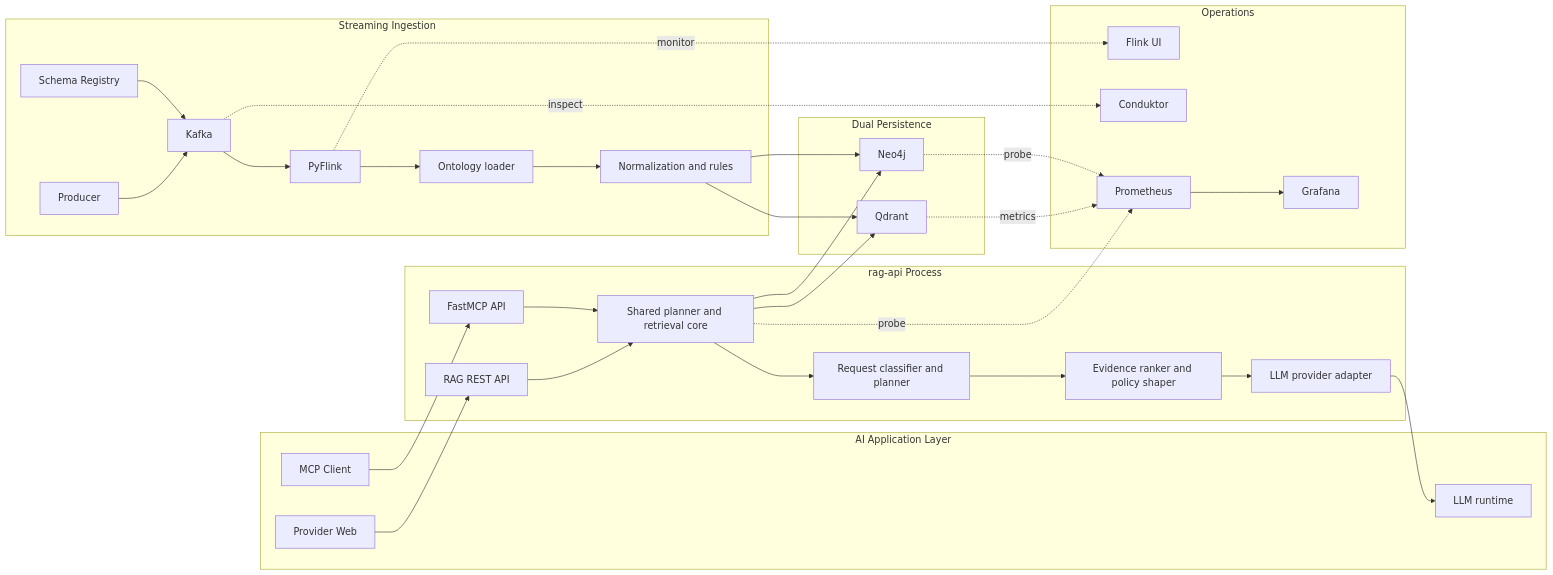
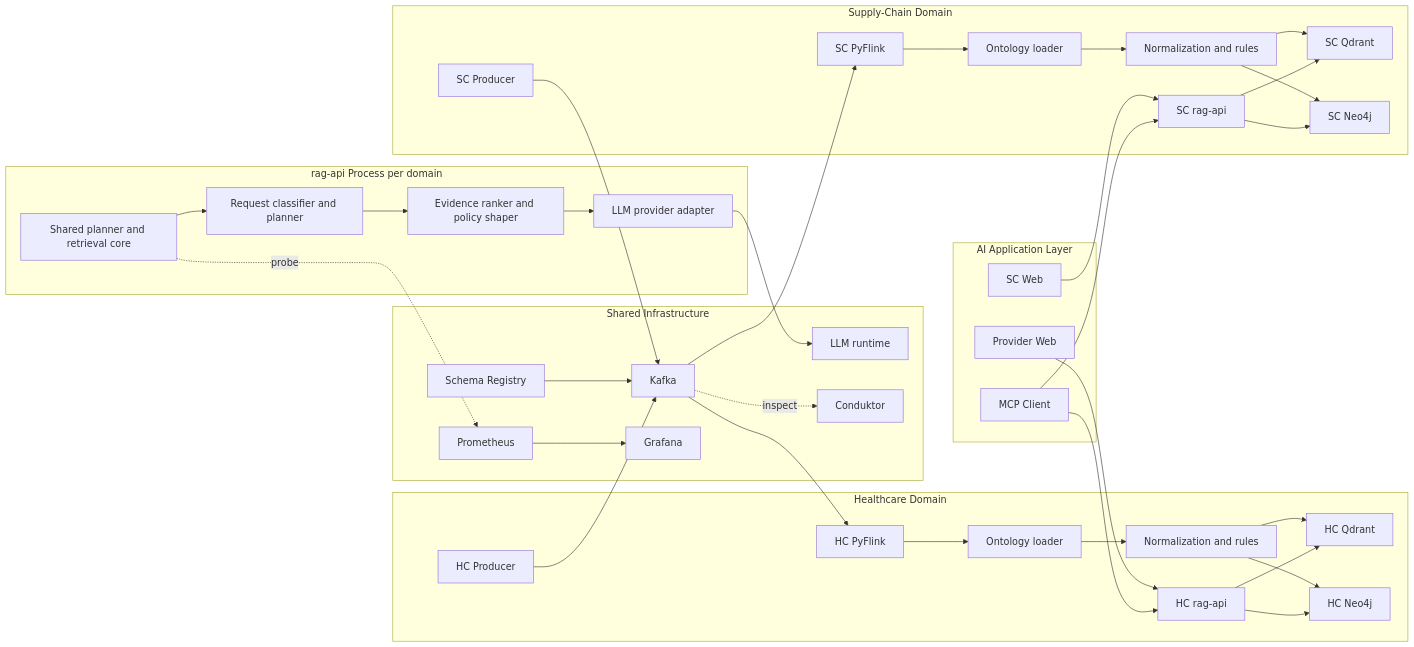
Before and after one commit to wchen-dea/Agentic-AI-Healthcare-GraphRAG: the first of 4 diagrams in docs/architecture.md, drawn with Mermaid. The commit also changed other lines of this file and 11 other files, not shown here.

````diff
--- a/docs/architecture.md
+++ b/docs/architecture.md
@@ -212,51 +212,53 @@
 ```mermaid
 flowchart LR
-  subgraph Ingestion[Streaming Ingestion]
-    P[Producer] --> K[Kafka]
+  subgraph Infra[Shared Infrastructure]
+    K[Kafka]
     SR[Schema Registry] --> K
-    K --> F[PyFlink]
-    F --> OL[Ontology loader]
-    OL --> NM[Normalization and rules]
+    L[LLM runtime]
+    PR[Prometheus]
+    GF[Grafana]
+    CDK[Conduktor]
   end
 
-  subgraph Persistence[Dual Persistence]
-    NM --> Q[Qdrant]
-    NM --> N[Neo4j]
+  subgraph HC[Healthcare Domain]
+    HP[HC Producer] --> K
+    K --> HF[HC PyFlink]
+    HF --> HOL[Ontology loader]
+    HOL --> HNM[Normalization and rules]
+    HNM --> HQ[HC Qdrant]
+    HNM --> HN[HC Neo4j]
+    HRAG[HC rag-api] --> HQ
+    HRAG --> HN
   end
 
-  subgraph APIProc[rag-api Process]
-    RAG[RAG REST API]
-    MCP[FastMCP API]
+  subgraph SC[Supply-Chain Domain]
+    SP[SC Producer] --> K
+    K --> SF[SC PyFlink]
+    SF --> SOL[Ontology loader]
+    SOL --> SNM[Normalization and rules]
+    SNM --> SQ[SC Qdrant]
+    SNM --> SN[SC Neo4j]
+    SRAG[SC rag-api] --> SQ
+    SRAG --> SN
+  end
+
+  subgraph APIProc[rag-api Process per domain]
     CORE[Shared planner and retrieval core]
     PLAN[Request classifier and planner]
     RANK[Evidence ranker and policy shaper]
     ADAPT[LLM provider adapter]
-    RAG --> CORE
-    MCP --> CORE
-    CORE --> PLAN
-    PLAN --> RANK
-    RANK --> ADAPT
+    CORE --> PLAN --> RANK --> ADAPT
   end
 
   subgraph AI[AI Application Layer]
-    UI[Provider Web] --> RAG
-    MCPClient[MCP Client] --> MCP
-    CORE --> Q
-    CORE --> N
-    ADAPT --> L[LLM runtime]
-  end
-
-  subgraph Ops[Operations]
-    FL[Flink UI]
-    CDK[Conduktor]
-    PR[Prometheus]
-    GF[Grafana]
+    UI[Provider Web] --> HRAG
+    UI2[SC Web] --> SRAG
+    MCPClient[MCP Client] --> HRAG
+    MCPClient --> SRAG
+    ADAPT --> L
   end
 
   K -. inspect .-> CDK
-  F -. monitor .-> FL
   CORE -. probe .-> PR
-  Q -. metrics .-> PR
-  N -. probe .-> PR
   PR --> GF
 ```
````
